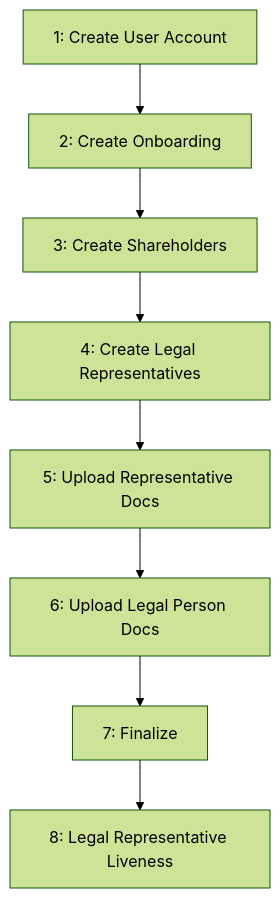
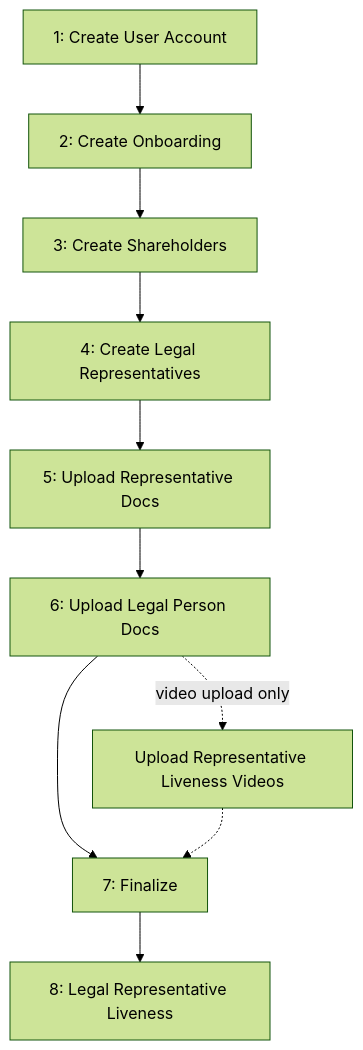
Before and after one commit to coinwise-io/zrobank-doc-api: the diagram in docs/baas/guides/legal-person-onboarding.md, drawn with Mermaid (forest theme). The commit also changed other lines of this file and 3 other files, not shown here.

First line of the commit message:
docs: document liveness video upload and method restriction for PF/PJ onboarding

````diff
--- a/docs/baas/guides/legal-person-onboarding.md
+++ b/docs/baas/guides/legal-person-onboarding.md
@@ -12,10 +12,12 @@
 ```mermaid
 graph TD
     A[1: Create User Account] --> B[2: Create Onboarding]
     B --> C[3: Create Shareholders]
     C --> D[4: Create Legal Representatives]
     D --> E[5: Upload Representative Docs]
     E --> F[6: Upload Legal Person Docs]
     F --> G[7: Finalize]
+    F -. video upload only .-> V[Upload Representative Liveness Videos]
+    V -.-> G
     G --> H[8: Legal Representative Liveness]
 ```
````
